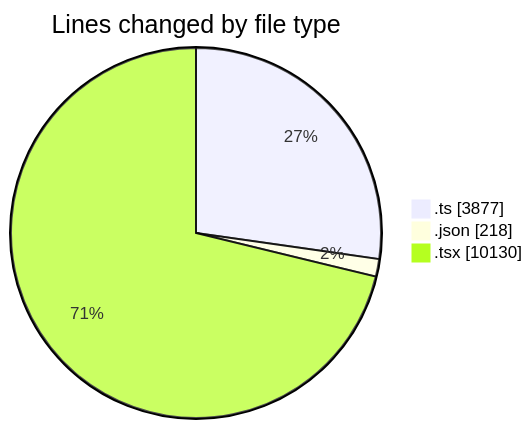
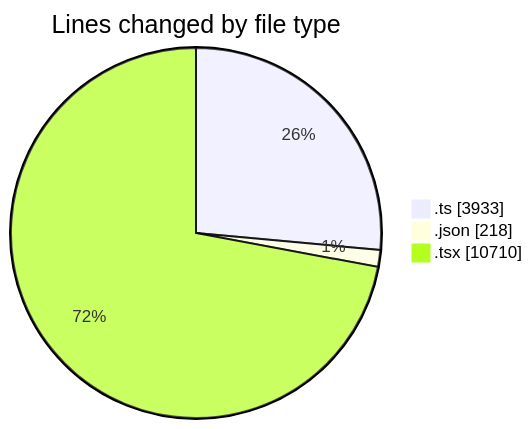
Before and after one commit to nxtqubesakshisongat/code-tracking: the first of 2 diagrams in 2026-03-16/nxtqube_webapp/README.md, drawn with Mermaid. The commit also changed other lines of this file and 1 other file, not shown here.

````diff
--- a/2026-03-16/nxtqube_webapp/README.md
+++ b/2026-03-16/nxtqube_webapp/README.md
@@ -51,7 +57,7 @@
 ```mermaid
 pie showData
 title Lines changed by file type
-".ts" : 3877
+".ts" : 3933
 ".json" : 218
-".tsx" : 10130
+".tsx" : 10710
 ```
````
